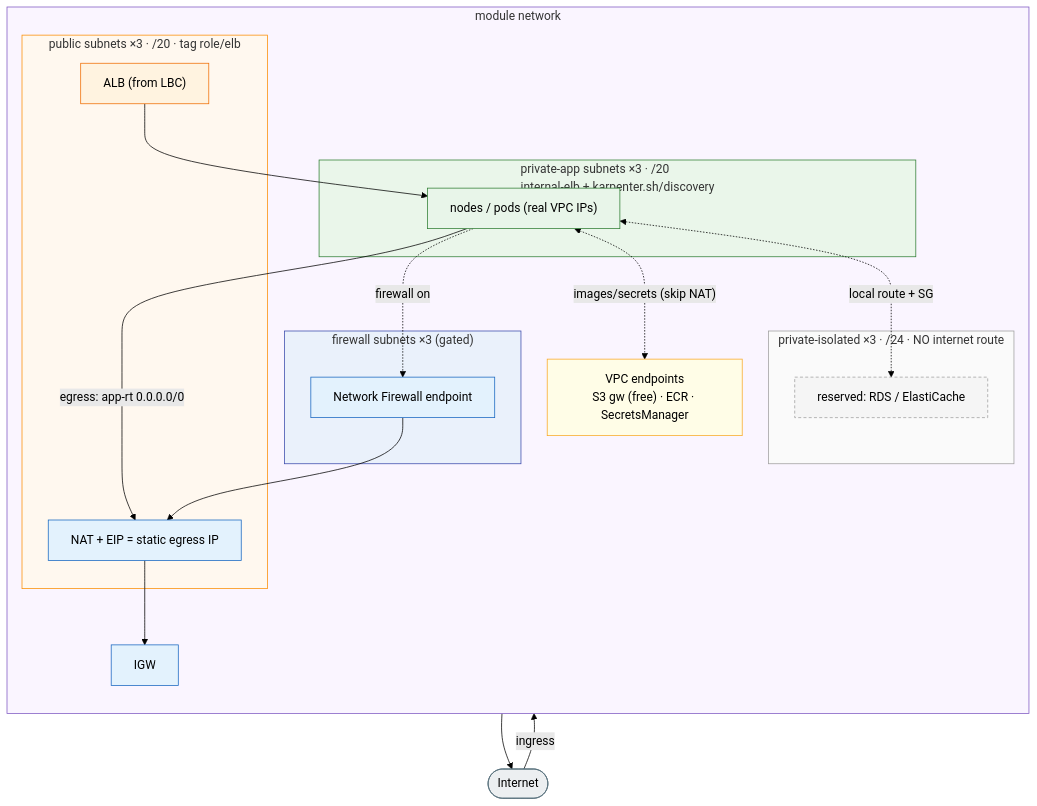
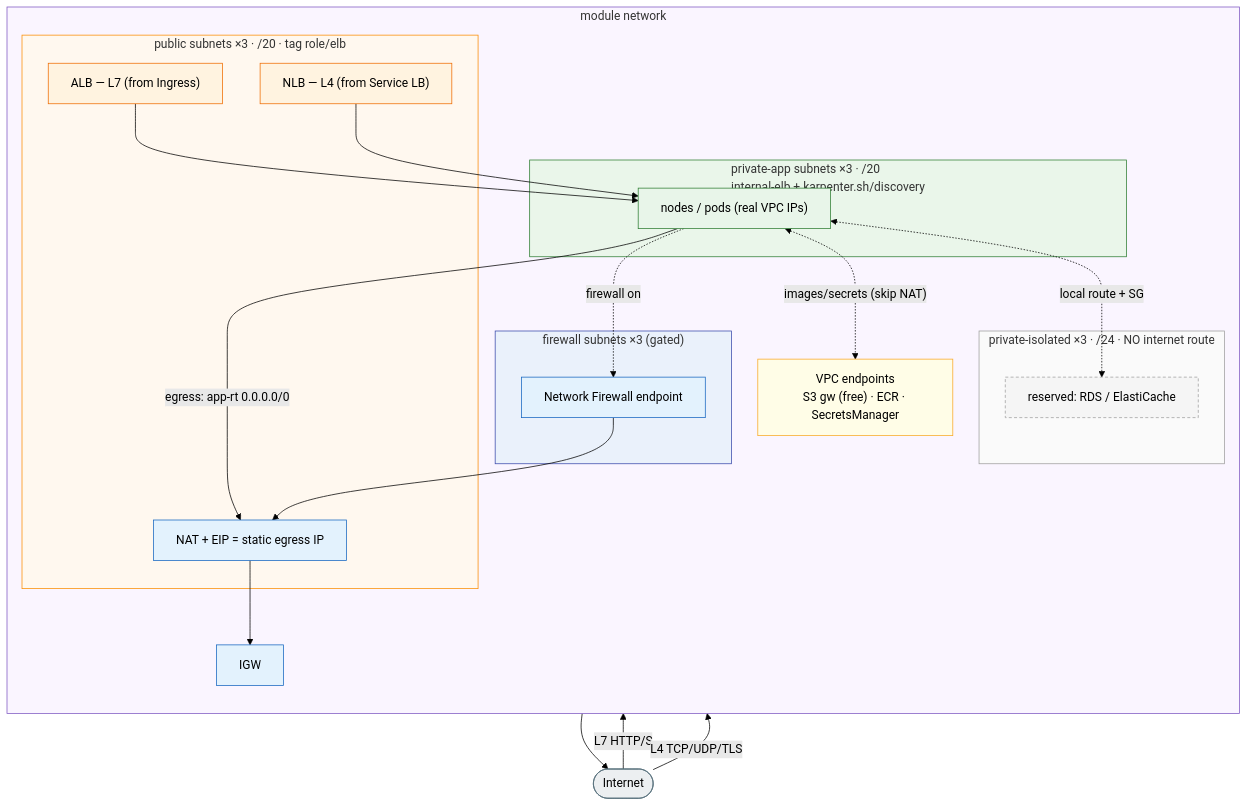
The fifth of 5 diagrams in eks/docs/MODULES.md (trongnvv/aws-iac), drawn with Mermaid (forest theme) before and after one commit. The commit also changed other lines of this file and 12 other files, not shown here.

````diff
--- a/eks/docs/MODULES.md
+++ b/eks/docs/MODULES.md
@@ -228,41 +304,43 @@
 ```mermaid
 flowchart TB
   internet([Internet]):::ext
   subgraph mod["module network"]
     direction TB
     igw["IGW"]:::net
     subgraph pub["public subnets ×3 · /20 · tag role/elb"]
-      alb["ALB (from LBC)"]:::edge
+      alb["ALB — L7 (from Ingress)"]:::edge
+      nlb["NLB — L4 (from Service LB)"]:::edge
       nat["NAT + EIP = static egress IP"]:::net
     end
     subgraph app["private-app subnets ×3 · /20<br/>internal-elb + karpenter.sh/discovery"]
       appn["nodes / pods (real VPC IPs)"]:::eks
     end
     subgraph fw["firewall subnets ×3 (gated)"]
       nfw["Network Firewall endpoint"]:::net
     end
     subgraph iso["private-isolated ×3 · /24 · NO internet route"]
       dbs["reserved: RDS / ElastiCache"]:::iso
     end
     ep["VPC endpoints<br/>S3 gw (free) · ECR · SecretsManager"]:::svc
   end
 
-  internet -->|ingress| alb --> appn
+  internet -->|"L7 HTTP/S"| alb --> appn
+  internet -->|"L4 TCP/UDP/TLS"| nlb --> appn
   appn -->|"egress: app-rt 0.0.0.0/0"| nat
   appn -. "firewall on" .-> nfw --> nat
   nat --> igw --> internet
   appn <-. "images/secrets (skip NAT)" .-> ep
   appn <-. "local route + SG" .-> dbs
 
   classDef ext fill:#eceff1,stroke:#546e7a,color:#000
   classDef net fill:#e3f2fd,stroke:#1565c0,color:#000
   classDef edge fill:#fff3e0,stroke:#ef6c00,color:#000
   classDef eks fill:#e8f5e9,stroke:#2e7d32,color:#000
   classDef svc fill:#fffde7,stroke:#f9a825,color:#000
   classDef iso fill:#f5f5f5,stroke:#9e9e9e,stroke-dasharray:4 3,color:#000
   style mod fill:#faf5ff,stroke:#7e57c2
   style pub fill:#fff8ef,stroke:#fb8c00
   style app fill:#eaf6ea,stroke:#2e7d32
   style fw fill:#eaf1fb,stroke:#3949ab
   style iso fill:#fafafa,stroke:#9e9e9e
 ```
````
